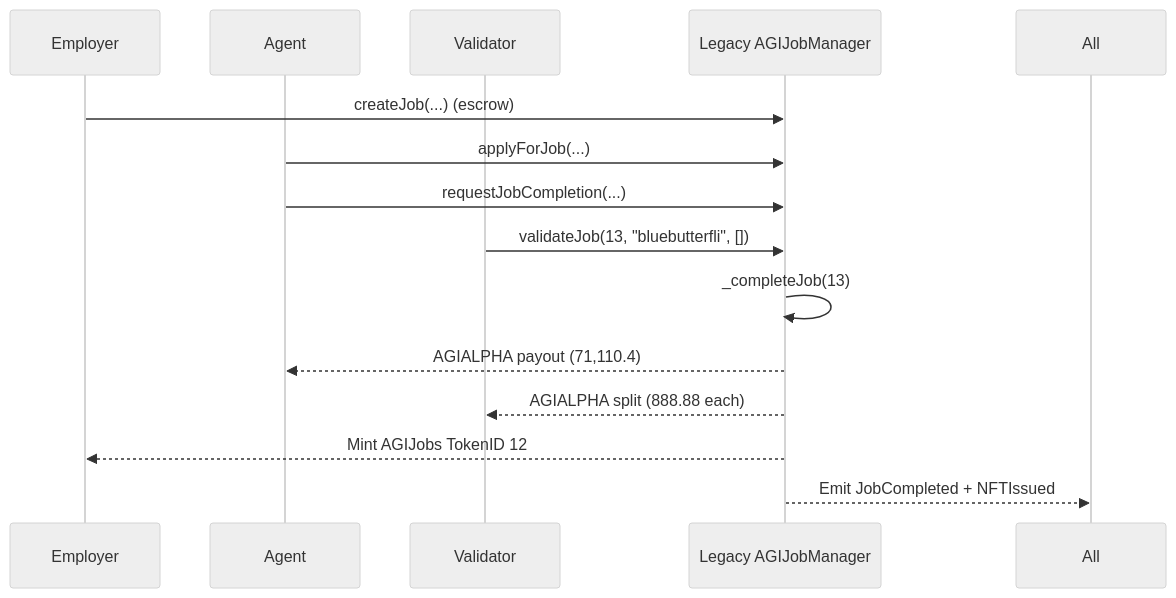
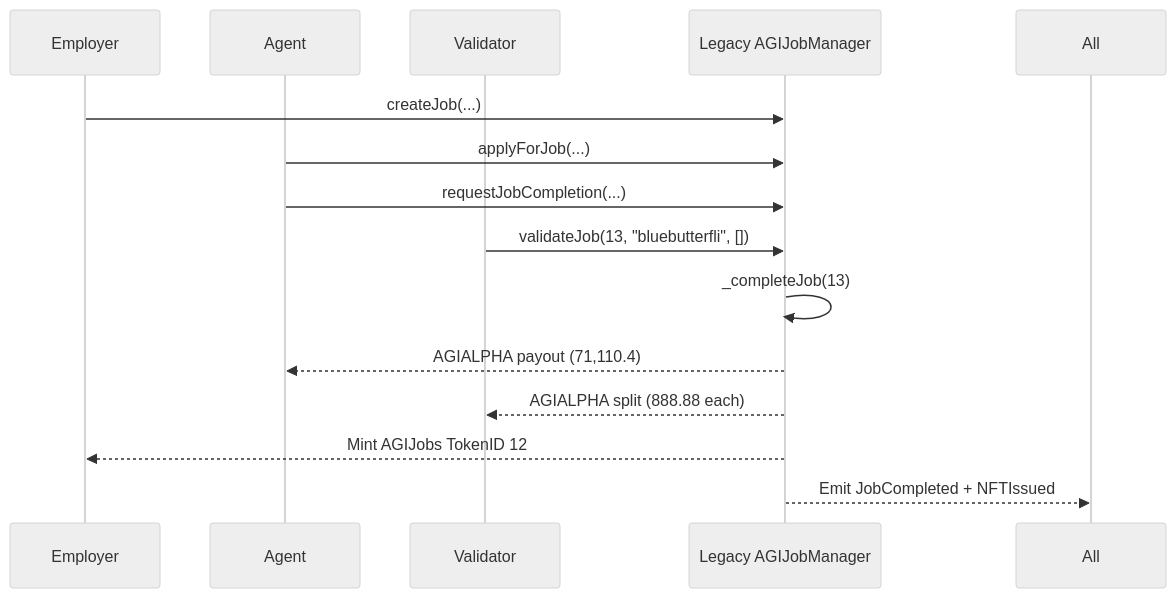
One commit to MontrealAI/AGIJobManager changed the first of 2 diagrams in docs/case-studies/LEGACY_AGI_JOB_12_VS_NEW.md. Above: the diagram before and after it, drawn with Mermaid (neutral theme). The commit also changed other lines of this file and 1 other file, not shown here.

Commit message:
Add Job 12 case study and replay test

````diff
--- a/docs/case-studies/LEGACY_AGI_JOB_12_VS_NEW.md
+++ b/docs/case-studies/LEGACY_AGI_JOB_12_VS_NEW.md
@@ -136,17 +122,17 @@
 ```mermaid
 sequenceDiagram
     participant Employer
     participant Agent
     participant Validator
-    participant LegacyContract as Legacy AGIJobManager
+    participant Legacy as Legacy AGIJobManager
 
-    Employer->>LegacyContract: createJob(...) (escrow)
-    Agent->>LegacyContract: applyForJob(...)
-    Agent->>LegacyContract: requestJobCompletion(...)
-    Validator->>LegacyContract: validateJob(13, "bluebutterfli", [])
-    LegacyContract->>LegacyContract: _completeJob(13)
-    LegacyContract-->>Agent: AGIALPHA payout (71,110.4)
-    LegacyContract-->>Validator: AGIALPHA split (888.88 each)
-    LegacyContract-->>Employer: Mint AGIJobs TokenID 12
-    LegacyContract-->>All: Emit JobCompleted + NFTIssued
+    Employer->>Legacy: createJob(...)
+    Agent->>Legacy: applyForJob(...)
+    Agent->>Legacy: requestJobCompletion(...)
+    Validator->>Legacy: validateJob(13, "bluebutterfli", [])
+    Legacy->>Legacy: _completeJob(13)
+    Legacy-->>Agent: AGIALPHA payout (71,110.4)
+    Legacy-->>Validator: AGIALPHA split (888.88 each)
+    Legacy-->>Employer: Mint AGIJobs TokenID 12
+    Legacy-->>All: Emit JobCompleted + NFTIssued
 ```
````
